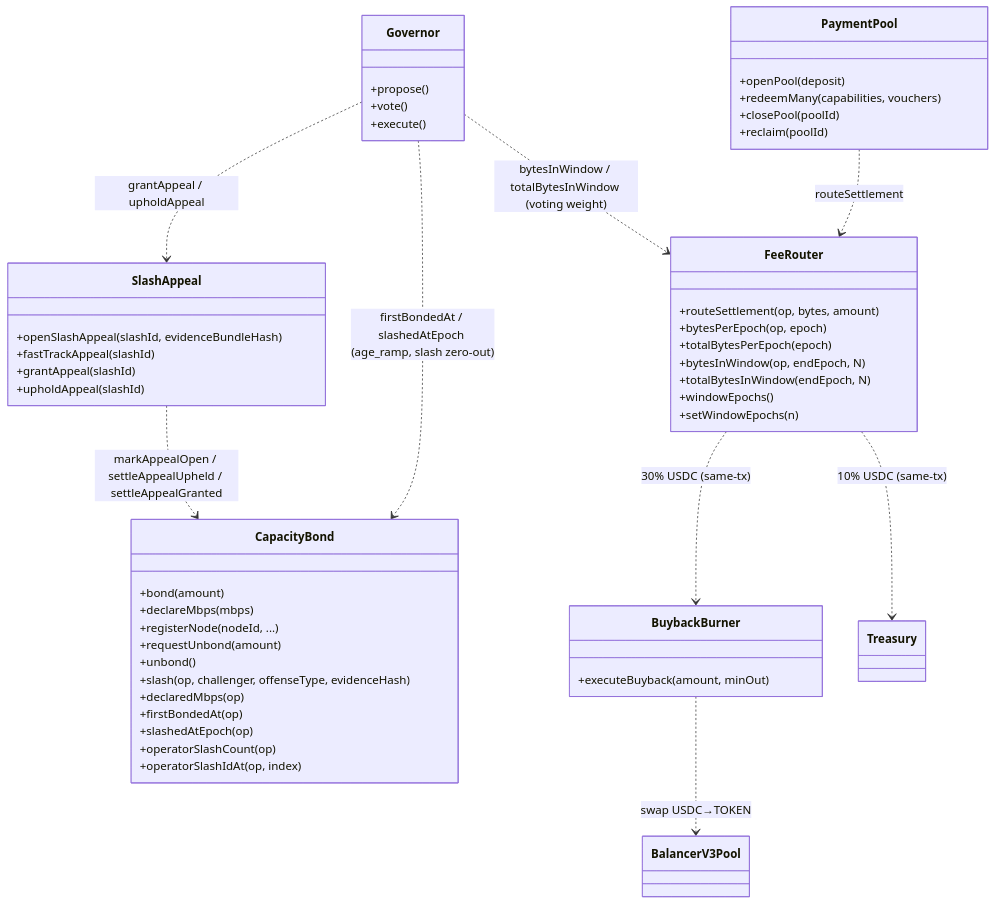
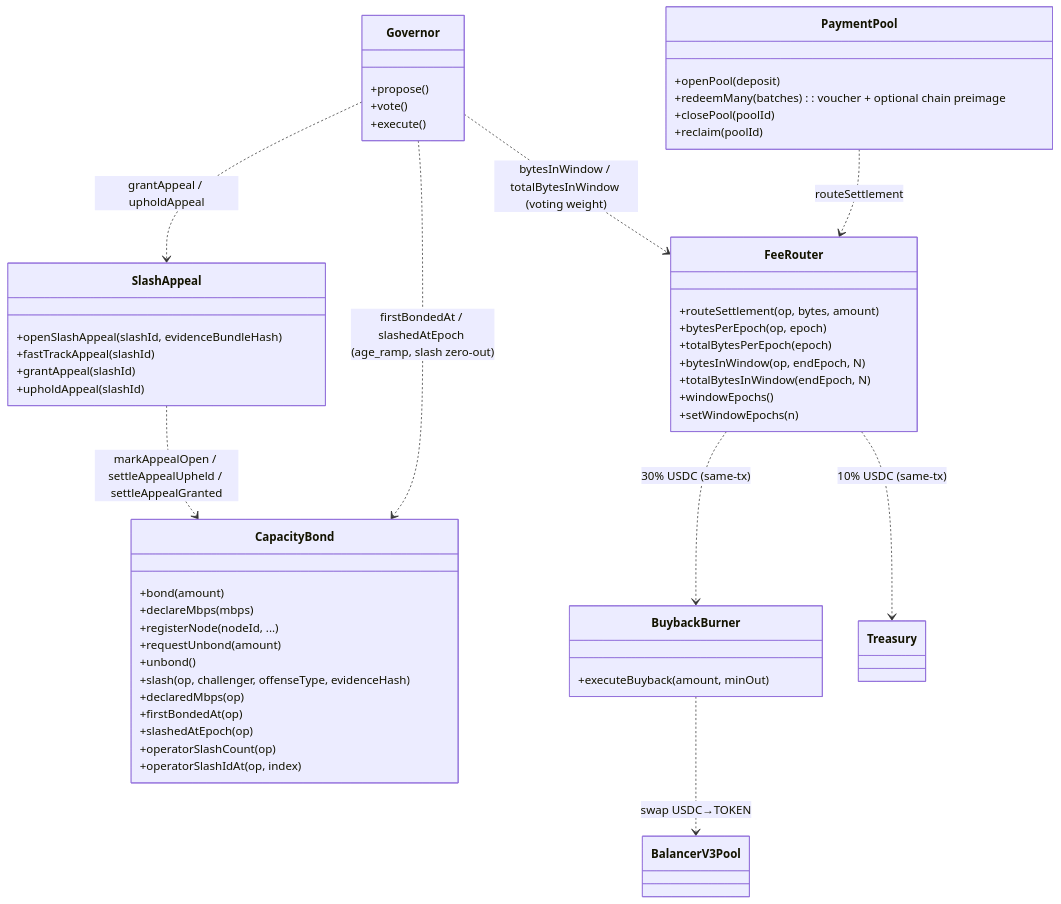
The first of 5 diagrams in adr/016-contract-interactions.md (decdn/decdn), drawn with Mermaid before and after one commit. The commit also changed other lines of this file and 13 other files, not shown here.

````diff
--- a/adr/016-contract-interactions.md
+++ b/adr/016-contract-interactions.md
@@ -41,56 +41,56 @@
 ```mermaid
 classDiagram
     class PaymentPool {
         +openPool(deposit)
-        +redeemMany(capabilities, vouchers)
+        +redeemMany(batches) : voucher + optional chain preimage
         +closePool(poolId)
         +reclaim(poolId)
     }
     class FeeRouter {
         +routeSettlement(op, bytes, amount)
         +bytesPerEpoch(op, epoch)
         +totalBytesPerEpoch(epoch)
         +bytesInWindow(op, endEpoch, N)
         +totalBytesInWindow(endEpoch, N)
         +windowEpochs()
         +setWindowEpochs(n)
     }
     class CapacityBond {
         +bond(amount)
         +declareMbps(mbps)
         +registerNode(nodeId, ...)
         +requestUnbond(amount)
         +unbond()
         +slash(op, challenger, offenseType, evidenceHash)
         +declaredMbps(op)
         +firstBondedAt(op)
         +slashedAtEpoch(op)
         +operatorSlashCount(op)
         +operatorSlashIdAt(op, index)
     }
     class BuybackBurner {
         +executeBuyback(amount, minOut)
     }
     class SlashAppeal {
         +openSlashAppeal(slashId, evidenceBundleHash)
         +fastTrackAppeal(slashId)
         +grantAppeal(slashId)
         +upholdAppeal(slashId)
     }
     class Governor {
         +propose()
         +vote()
         +execute()
     }
     class Treasury
     class BalancerV3Pool
 
     PaymentPool ..> FeeRouter : routeSettlement
     FeeRouter ..> BuybackBurner : 30% USDC (same-tx)
     FeeRouter ..> Treasury : 10% USDC (same-tx)
     BuybackBurner ..> BalancerV3Pool : swap USDC→TOKEN
     Governor ..> FeeRouter : bytesInWindow / totalBytesInWindow (voting weight)
     Governor ..> CapacityBond : firstBondedAt / slashedAtEpoch (age_ramp, slash zero-out)
     SlashAppeal ..> CapacityBond : markAppealOpen / settleAppealUpheld / settleAppealGranted
     Governor ..> SlashAppeal : grantAppeal / upholdAppeal
 ```
````
